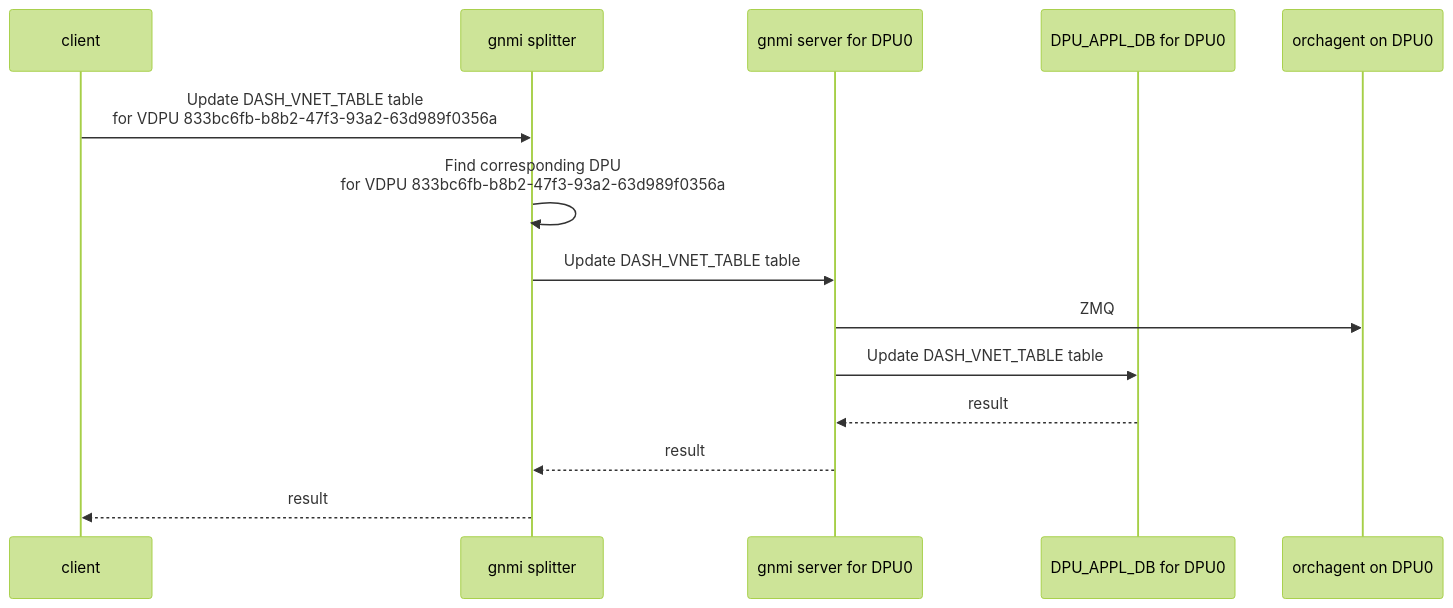
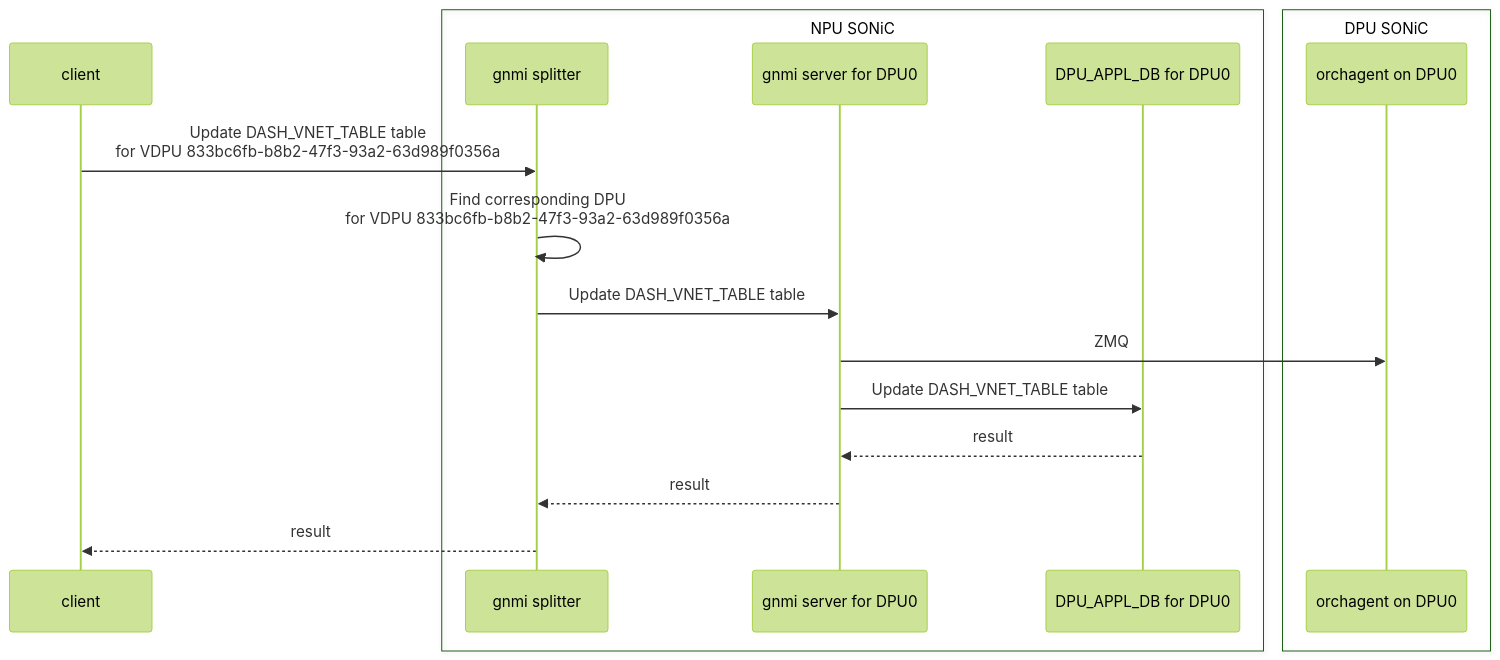
One commit to wen587/mermaid changed the diagram in VDPU_PROGRAMMING.md. Above: the diagram before and after it, drawn with Mermaid (forest theme).

````diff
--- a/VDPU_PROGRAMMING.md
+++ b/VDPU_PROGRAMMING.md
@@ -1,16 +1,20 @@
 ```mermaid
 sequenceDiagram
     participant client
-    participant gnmi splitter
-    participant gnmi server for DPU0
-    participant DPU_APPL_DB for DPU0
-    participant orchagent on DPU0
+    box NPU SONiC
+        participant gnmi splitter
+        participant gnmi server for DPU0
+        participant DPU_APPL_DB for DPU0
+    end
+    box DPU SONiC
+        participant orchagent on DPU0
+    end
     client->>gnmi splitter: Update DASH_VNET_TABLE table<br>for VDPU 833bc6fb-b8b2-47f3-93a2-63d989f0356a
     gnmi splitter->>gnmi splitter: Find corresponding DPU<br> for VDPU 833bc6fb-b8b2-47f3-93a2-63d989f0356a
     gnmi splitter->>gnmi server for DPU0: Update DASH_VNET_TABLE table
     gnmi server for DPU0->>orchagent on DPU0: ZMQ
     gnmi server for DPU0->>DPU_APPL_DB for DPU0: Update DASH_VNET_TABLE table
     DPU_APPL_DB for DPU0-->>gnmi server for DPU0: result
     gnmi server for DPU0-->>gnmi splitter: result
     gnmi splitter-->>client: result
 ```
````
